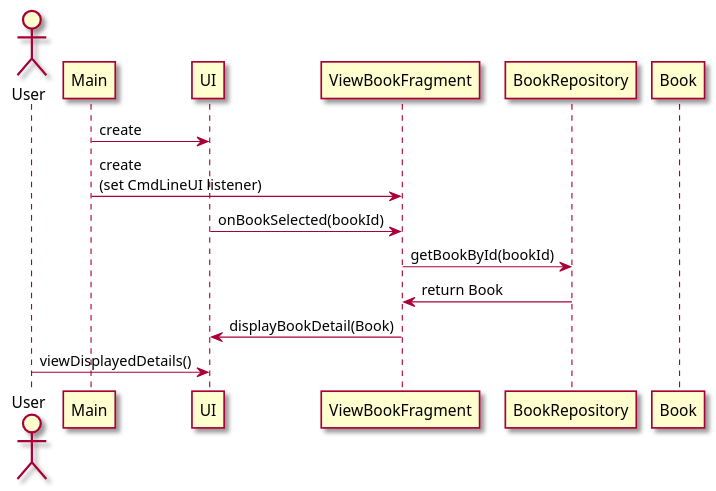
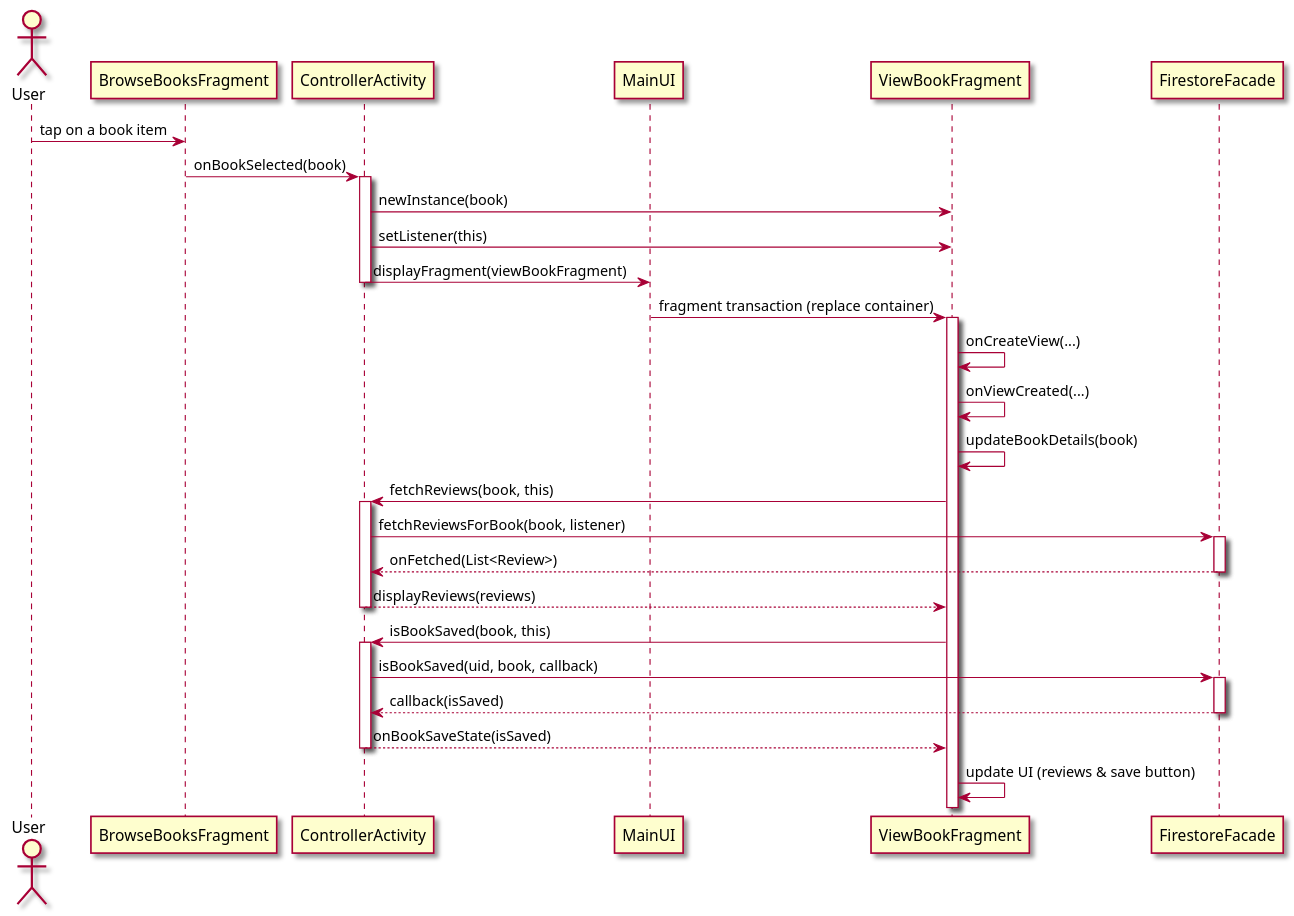
One commit to Khurshid03/team-2b changed the second of 2 diagrams in intellij/doc/use-cases/view-book.md. Above: the diagram before and after it, drawn with PlantUML. The commit also changed 12 other files, not shown here.

Commit message:
Updated the use cases and their sequence diagrams

````diff
--- a/intellij/doc/use-cases/view-book.md
+++ b/intellij/doc/use-cases/view-book.md
@@ -51,25 +51,53 @@
 ```plantuml
 
 @startuml
-
 skin rose
 
 actor User
-participant Main
-participant UI
+participant BrowseBooksFragment
+participant ControllerActivity
+participant MainUI
 participant ViewBookFragment
-participant BookRepository
-participant Book
+participant FirestoreFacade
 
-Main -> UI : create
-Main -> ViewBookFragment : create\n(set CmdLineUI listener)
-UI -> ViewBookFragment : onBookSelected(bookId)
+'--- User selects a book to view ---
+User -> BrowseBooksFragment          : tap on a book item
+BrowseBooksFragment -> ControllerActivity : onBookSelected(book)
+activate ControllerActivity
 
-ViewBookFragment -> BookRepository : getBookById(bookId)
-BookRepository -> ViewBookFragment : return Book
+ControllerActivity -> ViewBookFragment : newInstance(book)
+ControllerActivity -> ViewBookFragment : setListener(this)
+ControllerActivity -> MainUI             : displayFragment(viewBookFragment)
+deactivate ControllerActivity
 
-ViewBookFragment -> UI : displayBookDetail(Book)
-User -> UI : viewDisplayedDetails()
+MainUI -> ViewBookFragment             : fragment transaction (replace container)
+activate ViewBookFragment
 
+'--- Fragment lifecycle and UI setup ---
+ViewBookFragment -> ViewBookFragment   : onCreateView(...)
+ViewBookFragment -> ViewBookFragment   : onViewCreated(...)
+ViewBookFragment -> ViewBookFragment   : updateBookDetails(book)
+
+'--- Load reviews ---
+ViewBookFragment -> ControllerActivity : fetchReviews(book, this)
+activate ControllerActivity
+ControllerActivity -> FirestoreFacade  : fetchReviewsForBook(book, listener)
+activate FirestoreFacade
+FirestoreFacade --> ControllerActivity  : onFetched(List<Review>)
+deactivate FirestoreFacade
+ControllerActivity --> ViewBookFragment : displayReviews(reviews)
+deactivate ControllerActivity
+
+'--- Check saved state ---
+ViewBookFragment -> ControllerActivity : isBookSaved(book, this)
+activate ControllerActivity
+ControllerActivity -> FirestoreFacade  : isBookSaved(uid, book, callback)
+activate FirestoreFacade
+FirestoreFacade --> ControllerActivity  : callback(isSaved)
+deactivate FirestoreFacade
+ControllerActivity --> ViewBookFragment : onBookSaveState(isSaved)
+deactivate ControllerActivity
+
+ViewBookFragment -> ViewBookFragment   : update UI (reviews & save button)
 @enduml
 ```
````
